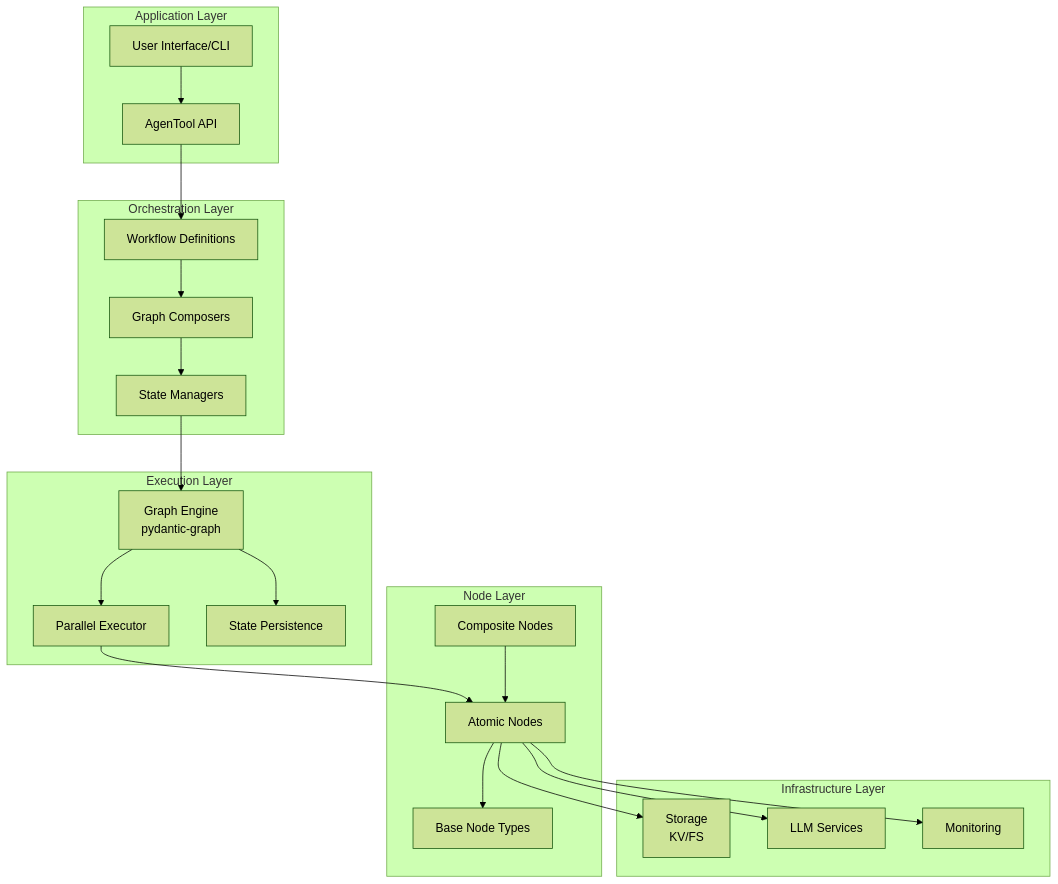
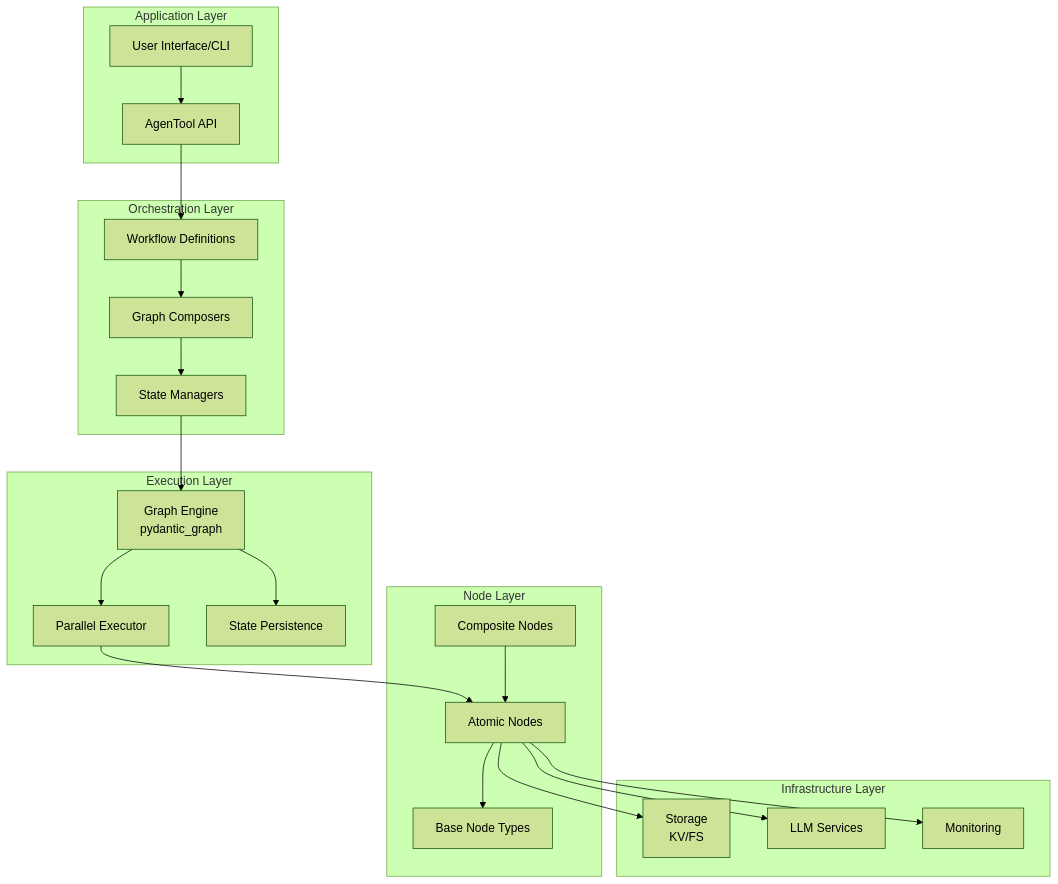
One commit to fblgit/agentool changed the second of 11 diagrams in docs/GRAPH_ARCHITECTURE.md. Above: the diagram before and after it, drawn with Mermaid (forest theme). The commit also changed other lines of this file and 7 other files, not shown here.

````diff
--- a/docs/GRAPH_ARCHITECTURE.md
+++ b/docs/GRAPH_ARCHITECTURE.md
@@ -17,45 +57,45 @@
 ```mermaid
 graph TB
     subgraph "Application Layer"
         UI[User Interface/CLI]
         API[AgenTool API]
     end
     
     subgraph "Orchestration Layer"
         WF[Workflow Definitions]
         GC[Graph Composers]
         SM[State Managers]
     end
     
     subgraph "Execution Layer"
-        GE[Graph Engine<br/>pydantic-graph]
+        GE[Graph Engine<br/>pydantic_graph]
         PE[Parallel Executor]
         SP[State Persistence]
     end
     
     subgraph "Node Layer"
         AN[Atomic Nodes]
         BN[Base Node Types]
         CN[Composite Nodes]
     end
     
     subgraph "Infrastructure Layer"
         ST[Storage<br/>KV/FS]
         LLM[LLM Services]
         MON[Monitoring]
     end
     
     UI --> API
     API --> WF
     WF --> GC
     GC --> SM
     SM --> GE
     GE --> PE
     GE --> SP
     PE --> AN
     AN --> BN
     CN --> AN
     AN --> ST
     AN --> LLM
     AN --> MON
 ```
````
